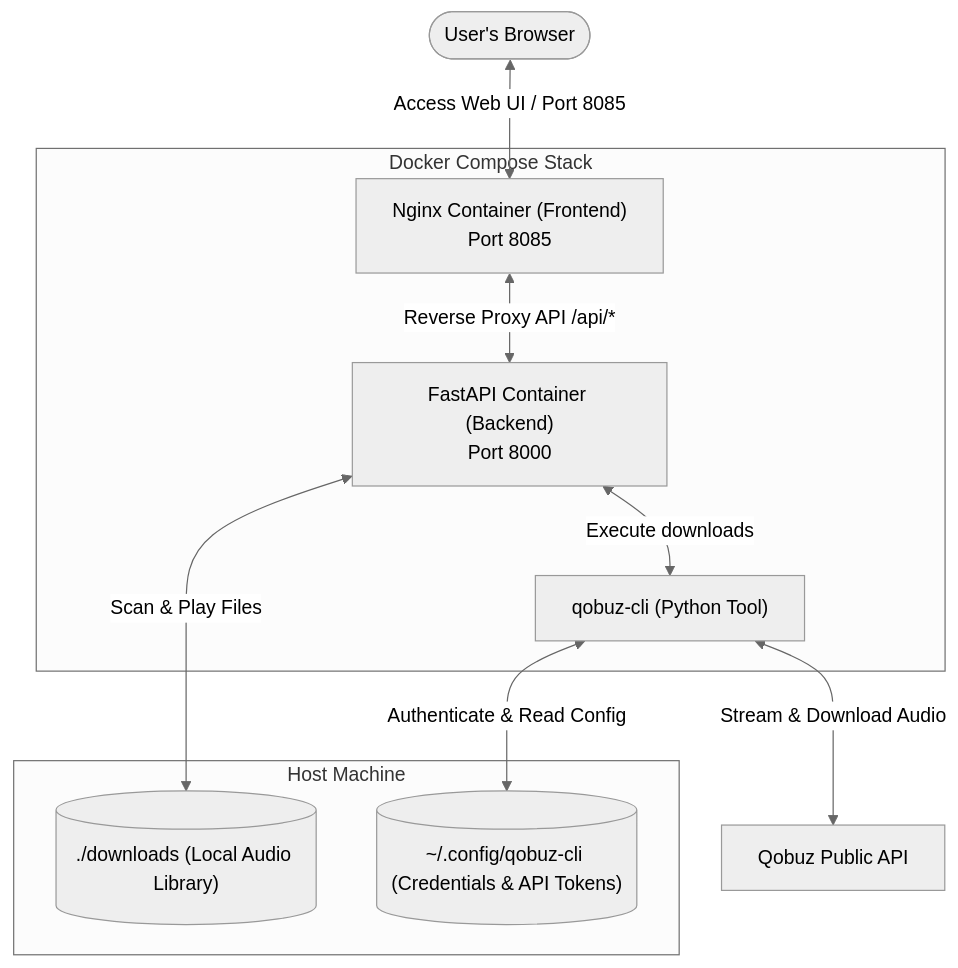
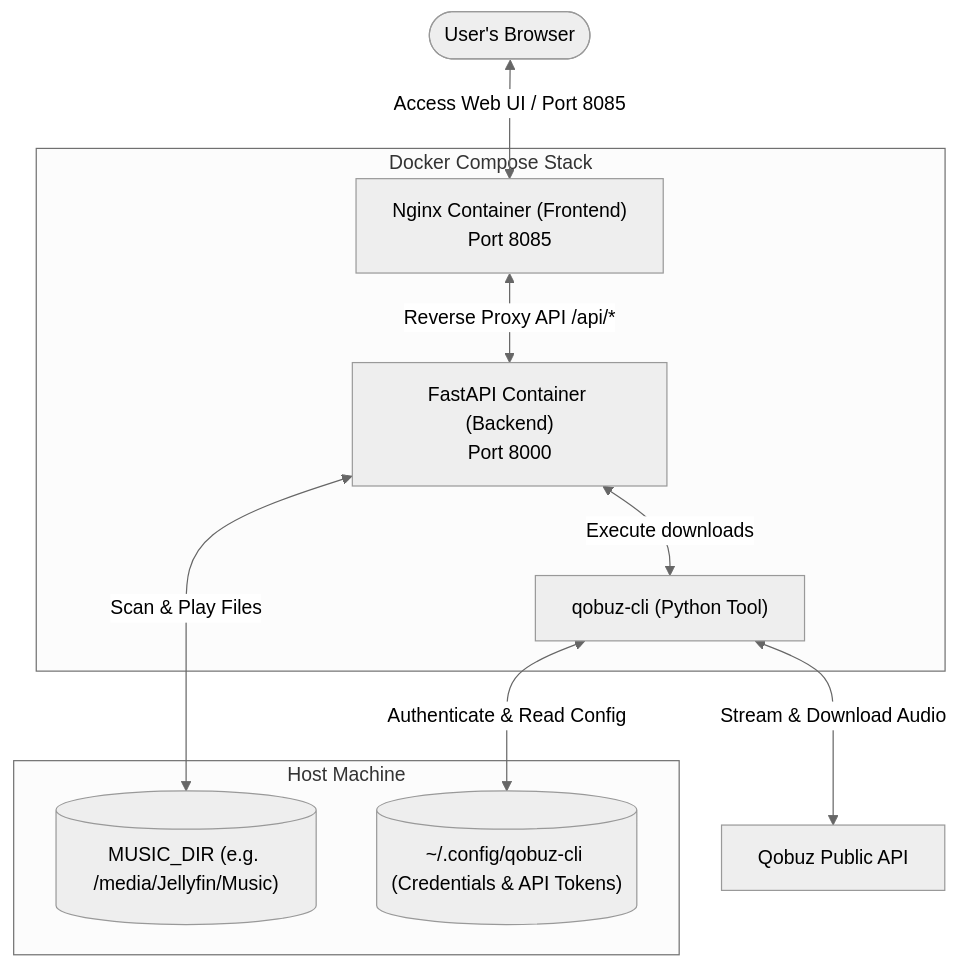
One commit to Albert-4096/Qobuz-Web-Platform changed the diagram in README.md. Above: the diagram before and after it, drawn with Mermaid (neutral theme). The commit also changed other lines of this file and 5 other files, not shown here.

````diff
--- a/README.md
+++ b/README.md
@@ -28,20 +28,20 @@
 ```mermaid
 flowchart TD
     subgraph Host Machine
-        Downloads[("./downloads (Local Audio Library)")]
+        Downloads[("MUSIC_DIR (e.g. /media/Jellyfin/Music)")]
         Config[("~/.config/qobuz-cli (Credentials & API Tokens)")]
     end
 
     subgraph Docker Compose Stack
         Nginx["Nginx Container (Frontend)<br>Port 8085"]
         FastAPI["FastAPI Container (Backend)<br>Port 8000"]
         QCLI["qobuz-cli (Python Tool)"]
     end
 
     User([User's Browser]) <-->|Access Web UI / Port 8085| Nginx
     Nginx <-->|Reverse Proxy API /api/*| FastAPI
     FastAPI <-->|Execute downloads| QCLI
     FastAPI <-->|Scan & Play Files| Downloads
     QCLI <-->|Authenticate & Read Config| Config
     QCLI <-->|Stream & Download Audio| QobuzAPI["Qobuz Public API"]
 ```
````
